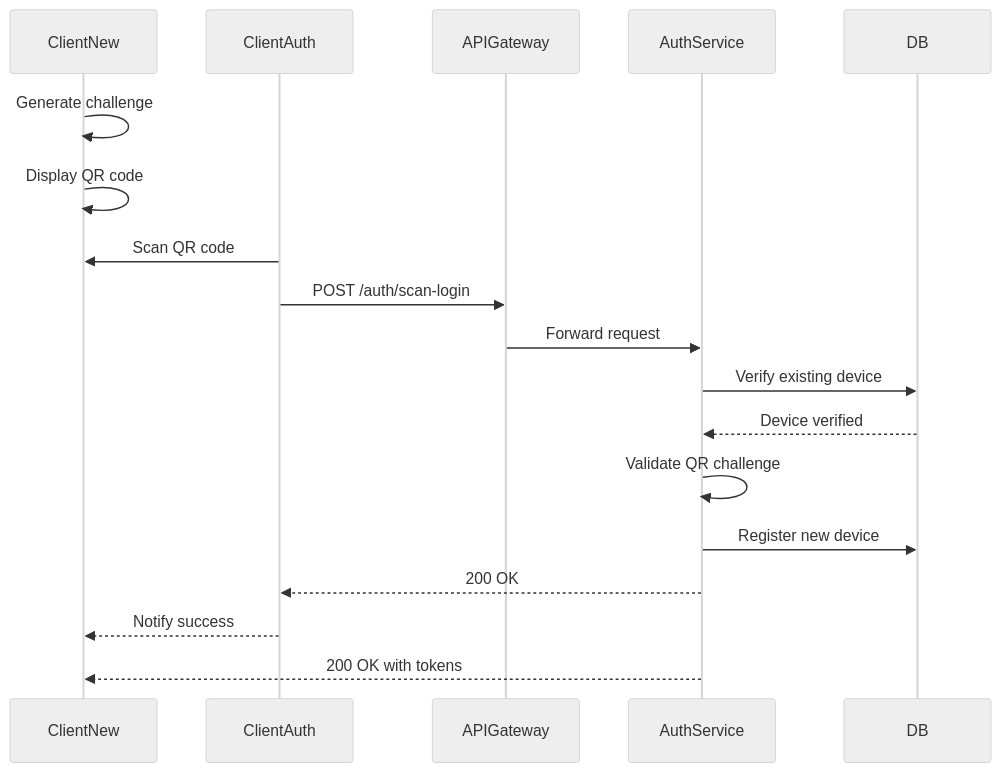
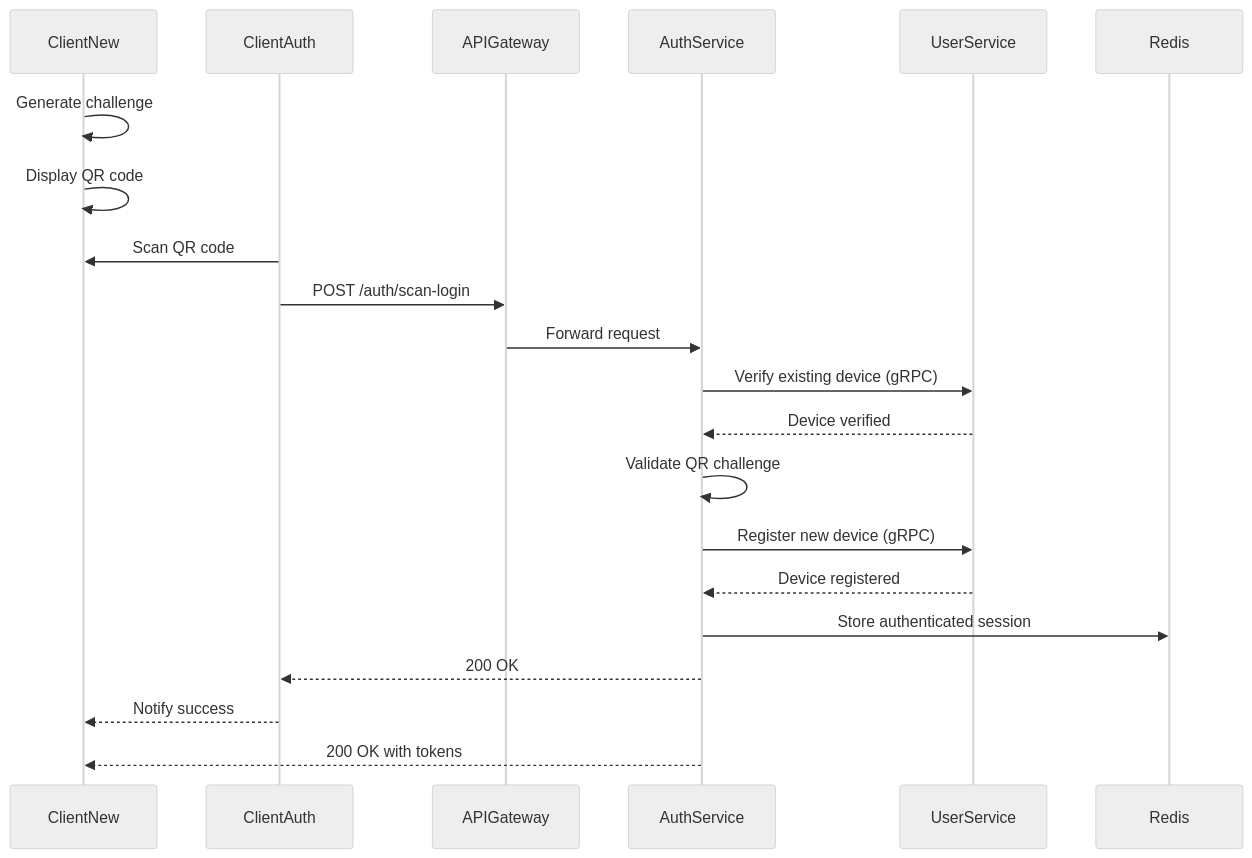
Before and after one commit to whispr-messenger/auth-service: the third of 3 diagrams in documentation/2_fonctional_specs/1_authentication.md, drawn with Mermaid (neutral theme). The commit also changed other lines of this file and 3 other files, not shown here.

````diff
--- a/documentation/2_fonctional_specs/1_authentication.md
+++ b/documentation/2_fonctional_specs/1_authentication.md
@@ -142,21 +197,24 @@
 ```mermaid
 sequenceDiagram
     participant ClientNew
     participant ClientAuth
     participant APIGateway
     participant AuthService
-    participant DB
+    participant UserService
+    participant Redis
     
     ClientNew->>ClientNew: Generate challenge
     ClientNew->>ClientNew: Display QR code
     ClientAuth->>ClientNew: Scan QR code
     ClientAuth->>APIGateway: POST /auth/scan-login
     APIGateway->>AuthService: Forward request
-    AuthService->>DB: Verify existing device
-    DB-->>AuthService: Device verified
+    AuthService->>UserService: Verify existing device (gRPC)
+    UserService-->>AuthService: Device verified
     AuthService->>AuthService: Validate QR challenge
-    AuthService->>DB: Register new device
+    AuthService->>UserService: Register new device (gRPC)
+    UserService-->>AuthService: Device registered
+    AuthService->>Redis: Store authenticated session
     AuthService-->>ClientAuth: 200 OK
     ClientAuth-->>ClientNew: Notify success
     AuthService-->>ClientNew: 200 OK with tokens
 ```
````
